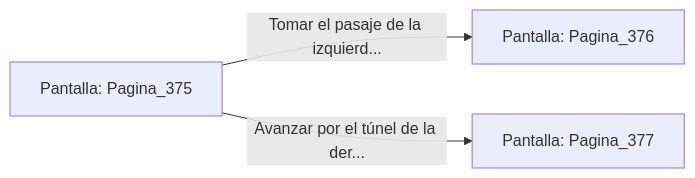
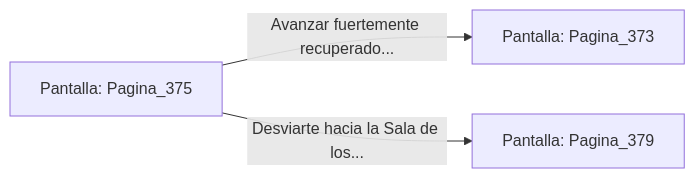
The diagram in sample/eligejuego-vault/Pantalla_Pagina_375.md (metsuke/mpl), drawn with Mermaid before and after one commit. The commit also changed other lines of this file and 635 other files, not shown here.

First line of the commit message:
fix: añadir Pagina_1 como pantalla inicial en capitulo_01.mpl

````diff
--- a/sample/eligejuego-vault/Pantalla_Pagina_375.md
+++ b/sample/eligejuego-vault/Pantalla_Pagina_375.md
@@ -20,6 +24,6 @@
 ```mermaid
 graph LR
     P_Pagina_375["Pantalla: Pagina_375"]
-    P_Pagina_375 -->|"Tomar el pasaje de la izquierd..."| P_Pagina_376["Pantalla: Pagina_376"]
-    P_Pagina_375 -->|"Avanzar por el túnel de la der..."| P_Pagina_377["Pantalla: Pagina_377"]
+    P_Pagina_375 -->|"Avanzar fuertemente recuperado..."| P_Pagina_373["Pantalla: Pagina_373"]
+    P_Pagina_375 -->|"Desviarte hacia la Sala de los..."| P_Pagina_379["Pantalla: Pagina_379"]
 ```
````
